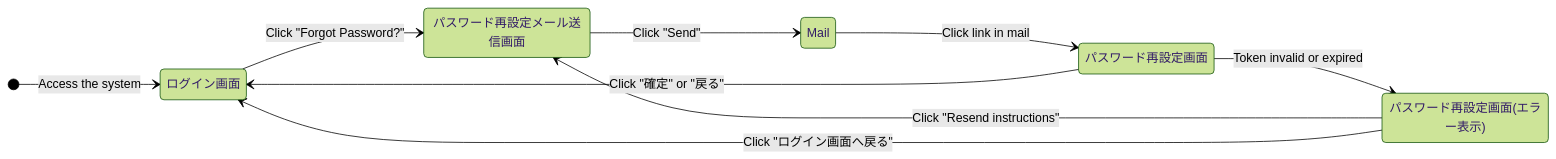
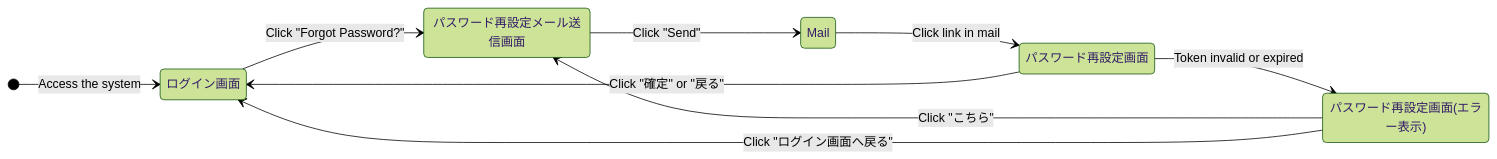
One commit to dohuyvuong/Test changed the diagram in ScreenFlow.md. Above: the diagram before and after it, drawn with Mermaid (forest theme).

````diff
--- a/ScreenFlow.md
+++ b/ScreenFlow.md
@@ -3,13 +3,13 @@
 ```mermaid
 
 stateDiagram-v2
 direction LR
   [*] --> ログイン画面 : Access the system
   ログイン画面 --> パスワード再設定メール送信画面 : Click "Forgot Password?"
   パスワード再設定メール送信画面 --> Mail : Click "Send"
   Mail --> パスワード再設定画面 :Click link in mail
   パスワード再設定画面 --> ログイン画面 : Click "確定" or "戻る"
   パスワード再設定画面 --> パスワード再設定画面(エラー表示) : Token invalid or expired
-  パスワード再設定画面(エラー表示) --> パスワード再設定メール送信画面 : Click "Resend instructions"
+  パスワード再設定画面(エラー表示) --> パスワード再設定メール送信画面 : Click "こちら"
   パスワード再設定画面(エラー表示) --> ログイン画面 : Click "ログイン画面へ戻る"
 ```
````
